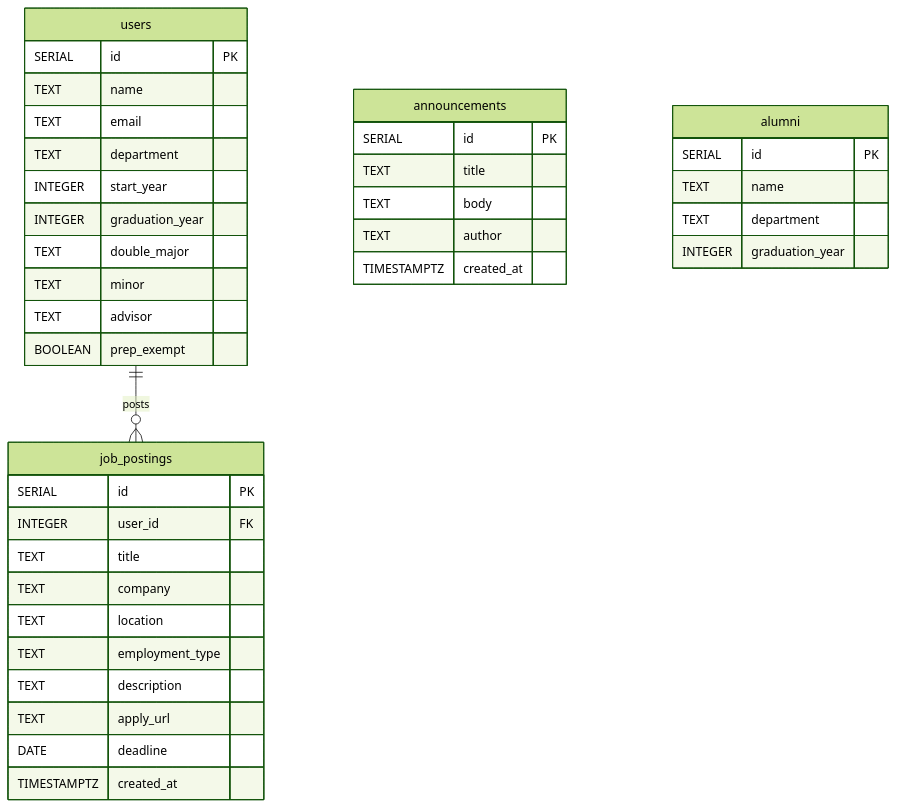
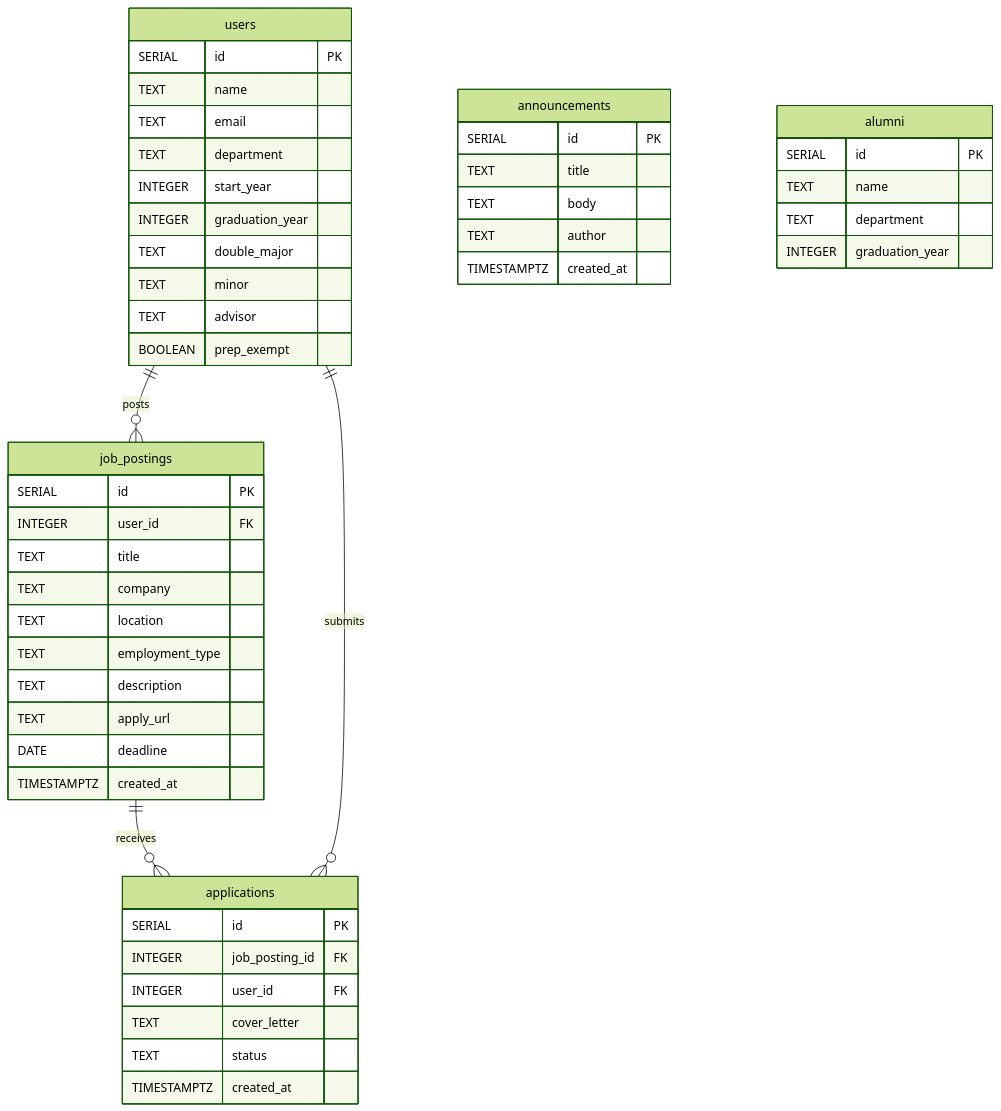
One commit to rabizd/alumni changed the diagram in DDD.md. Above: the diagram before and after it, drawn with Mermaid (forest theme). The commit also changed other lines of this file and 7 other files, not shown here.

````diff
--- a/DDD.md
+++ b/DDD.md
@@ -52,41 +53,51 @@
 ```mermaid
 erDiagram
     users {
         SERIAL id PK
         TEXT name
         TEXT email
         TEXT department
         INTEGER start_year
         INTEGER graduation_year
         TEXT double_major
         TEXT minor
         TEXT advisor
         BOOLEAN prep_exempt
     }
     announcements {
         SERIAL id PK
         TEXT title
         TEXT body
         TEXT author
         TIMESTAMPTZ created_at
     }
     alumni {
         SERIAL id PK
         TEXT name
         TEXT department
         INTEGER graduation_year
     }
     job_postings {
         SERIAL id PK
         INTEGER user_id FK
         TEXT title
         TEXT company
         TEXT location
         TEXT employment_type
         TEXT description
         TEXT apply_url
         DATE deadline
         TIMESTAMPTZ created_at
     }
+    applications {
+        SERIAL id PK
+        INTEGER job_posting_id FK
+        INTEGER user_id FK
+        TEXT cover_letter
+        TEXT status
+        TIMESTAMPTZ created_at
+    }
     users ||--o{ job_postings : posts
+    job_postings ||--o{ applications : receives
+    users ||--o{ applications : submits
 ```
````
